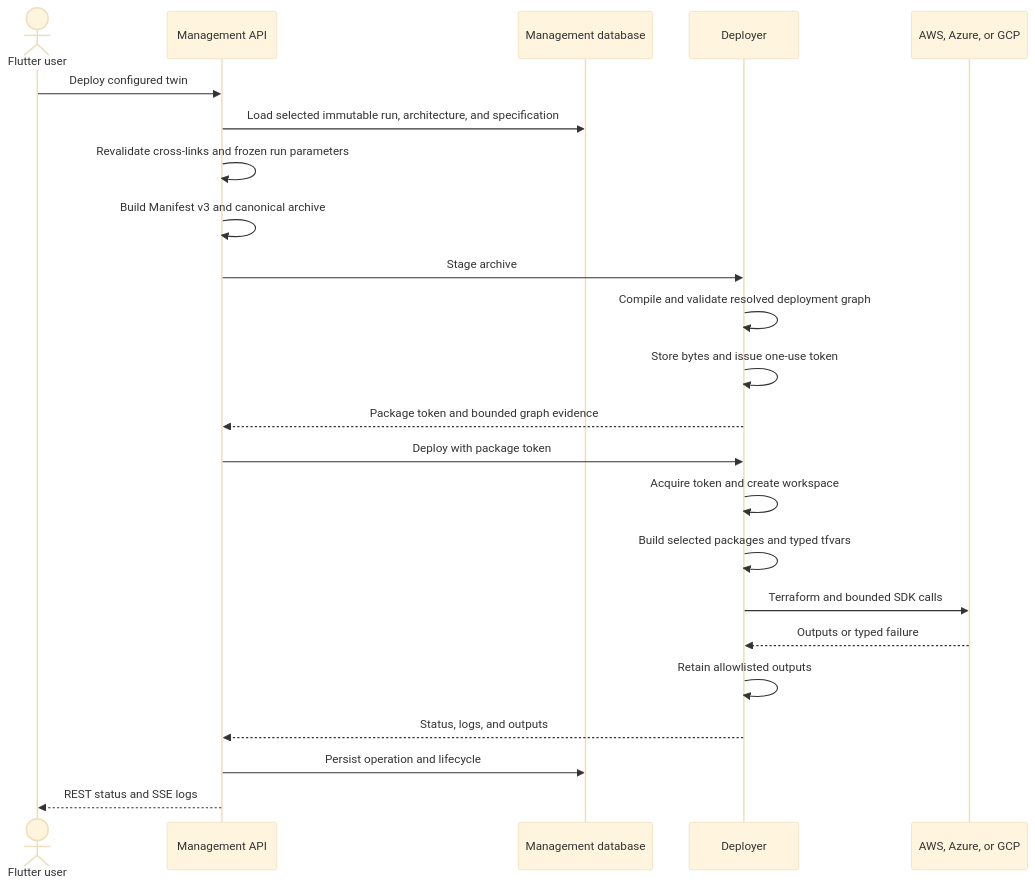
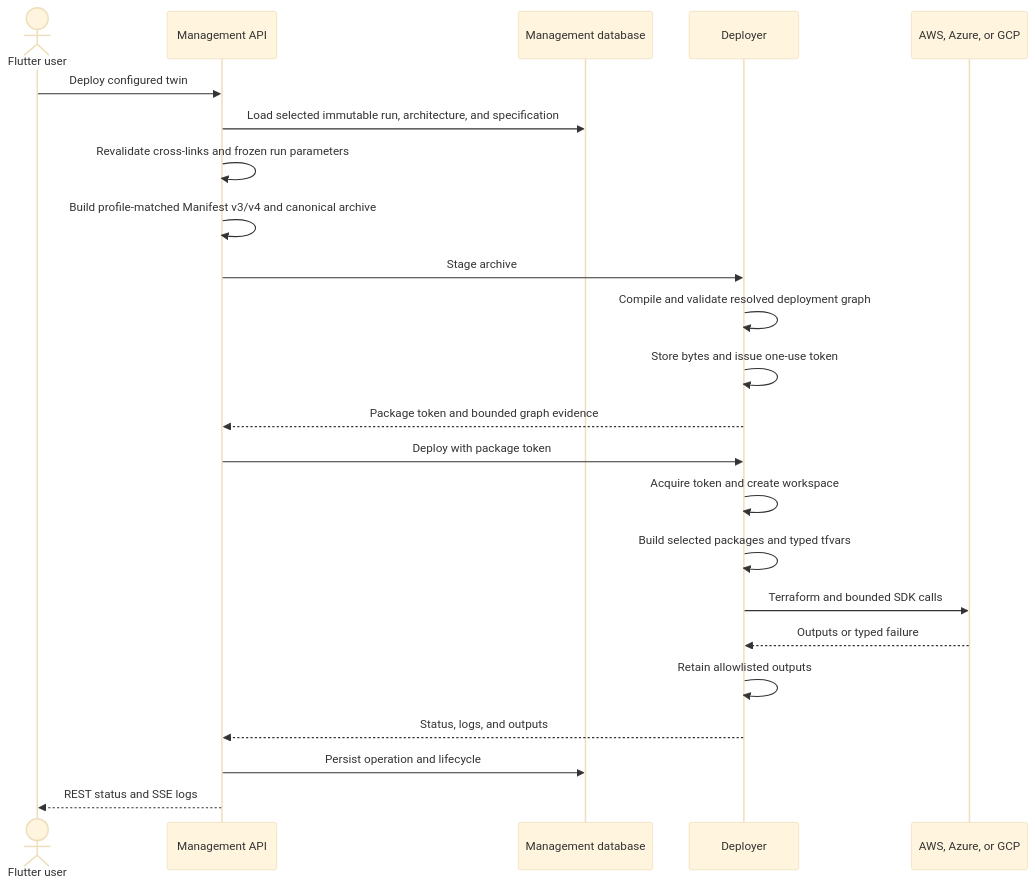
Before and after one commit to TVJunkie724/master-thesis: the first of 3 diagrams in docs-site/docs/contracts-and-data-flow/deployment-lifecycle.md, drawn with Mermaid (base theme). The commit also changed other lines of this file and 209 other files, not shown here.

````diff
--- a/docs-site/docs/contracts-and-data-flow/deployment-lifecycle.md
+++ b/docs-site/docs/contracts-and-data-flow/deployment-lifecycle.md
@@ -5,26 +5,26 @@
 ```mermaid
 sequenceDiagram
     actor Client as Flutter user
     participant API as Management API
     participant DB as Management database
     participant Deployer
     participant Cloud as AWS, Azure, or GCP
 
     Client->>API: Deploy configured twin
     API->>DB: Load selected immutable run, architecture, and specification
     API->>API: Revalidate cross-links and frozen run parameters
-    API->>API: Build Manifest v3 and canonical archive
+    API->>API: Build profile-matched Manifest v3/v4 and canonical archive
     API->>Deployer: Stage archive
     Deployer->>Deployer: Compile and validate resolved deployment graph
     Deployer->>Deployer: Store bytes and issue one-use token
     Deployer-->>API: Package token and bounded graph evidence
     API->>Deployer: Deploy with package token
     Deployer->>Deployer: Acquire token and create workspace
     Deployer->>Deployer: Build selected packages and typed tfvars
     Deployer->>Cloud: Terraform and bounded SDK calls
     Cloud-->>Deployer: Outputs or typed failure
     Deployer->>Deployer: Retain allowlisted outputs
     Deployer-->>API: Status, logs, and outputs
     API->>DB: Persist operation and lifecycle
     API-->>Client: REST status and SSE logs
 ```
````
